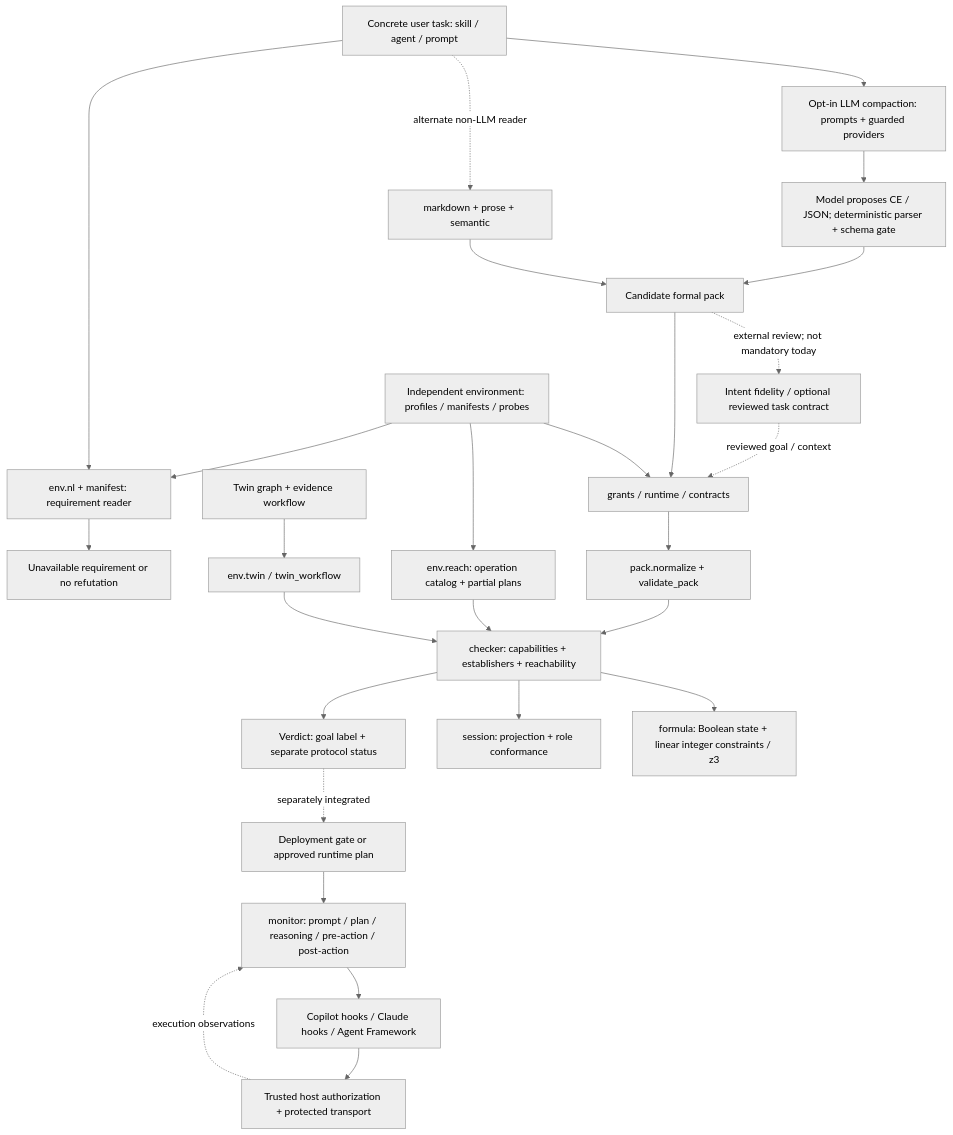
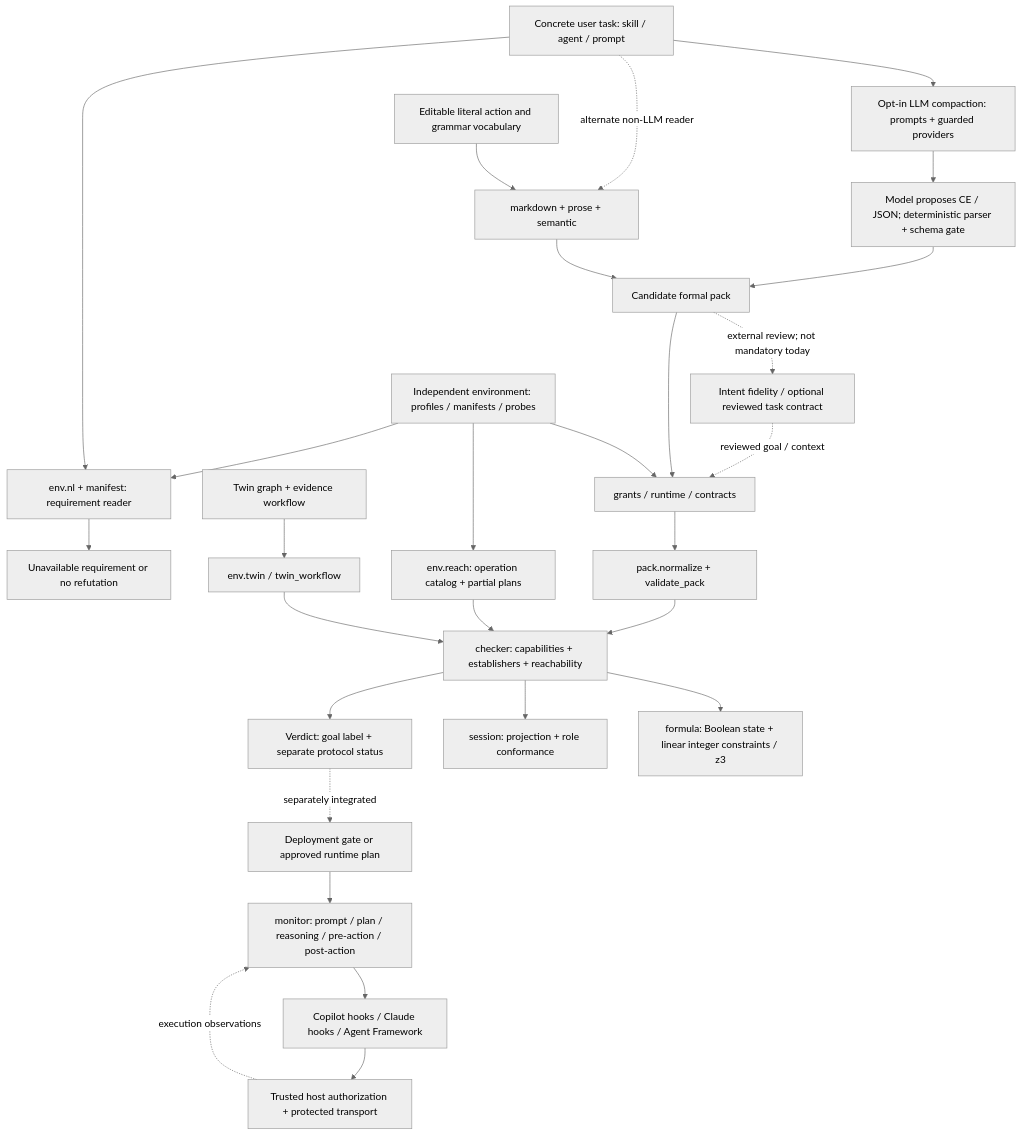
Before and after one commit to ginaecho/skill-achievability-compiler: the diagram in docs/KNOWLEDGE_GRAPH.md, drawn with Mermaid (neutral theme). The commit also changed other lines of this file and 11 other files, not shown here.

First line of the commit message:
Add editable deterministic vocabulary and update the knowledge graph guide

````diff
--- a/docs/KNOWLEDGE_GRAPH.md
+++ b/docs/KNOWLEDGE_GRAPH.md
@@ -66,29 +66,30 @@
 ```mermaid
 flowchart TD
     I["Concrete user task: skill / agent / prompt"] --> L["Opt-in LLM compaction: prompts + guarded providers"]
     L --> CE["Model proposes CE / JSON; deterministic parser + schema gate"]
     I -. "alternate non-LLM reader" .-> M["markdown + prose + semantic"]
+    DV["Editable literal action and grammar vocabulary"] --> M
     M --> P["Candidate formal pack"]
     CE --> P
     P -. "external review; not mandatory today" .-> REVIEW["Intent fidelity / optional reviewed task contract"]
     E["Independent environment: profiles / manifests / probes"] --> B["grants / runtime / contracts"]
     P --> B
     REVIEW -. "reviewed goal / context" .-> B
     B --> V["pack.normalize + validate_pack"]
     V --> C["checker: capabilities + establishers + reachability"]
     C --> F["formula: Boolean state + linear integer constraints / z3"]
     C --> S["session: projection + role conformance"]
     C --> R["Verdict: goal label + separate protocol status"]
     R -. "separately integrated" .-> D["Deployment gate or approved runtime plan"]
     D --> MON["monitor: prompt / plan / reasoning / pre-action / post-action"]
     MON --> A["Copilot hooks / Claude hooks / Agent Framework"]
     A --> AUTH["Trusted host authorization + protected transport"]
     AUTH -. "execution observations" .-> MON
     E --> REACH["env.reach: operation catalog + partial plans"]
     REACH --> C
     T["Twin graph + evidence workflow"] --> TW["env.twin / twin_workflow"]
     TW --> C
     I --> RD["env.nl + manifest: requirement reader"]
     E --> RD
     RD --> RR["Unavailable requirement or no refutation"]
 ```
````
